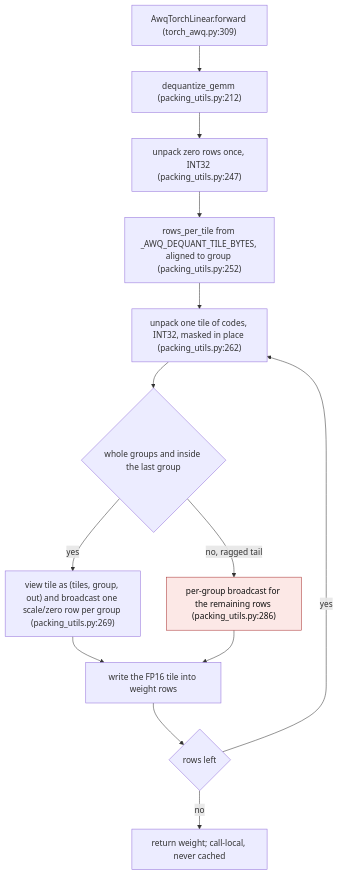
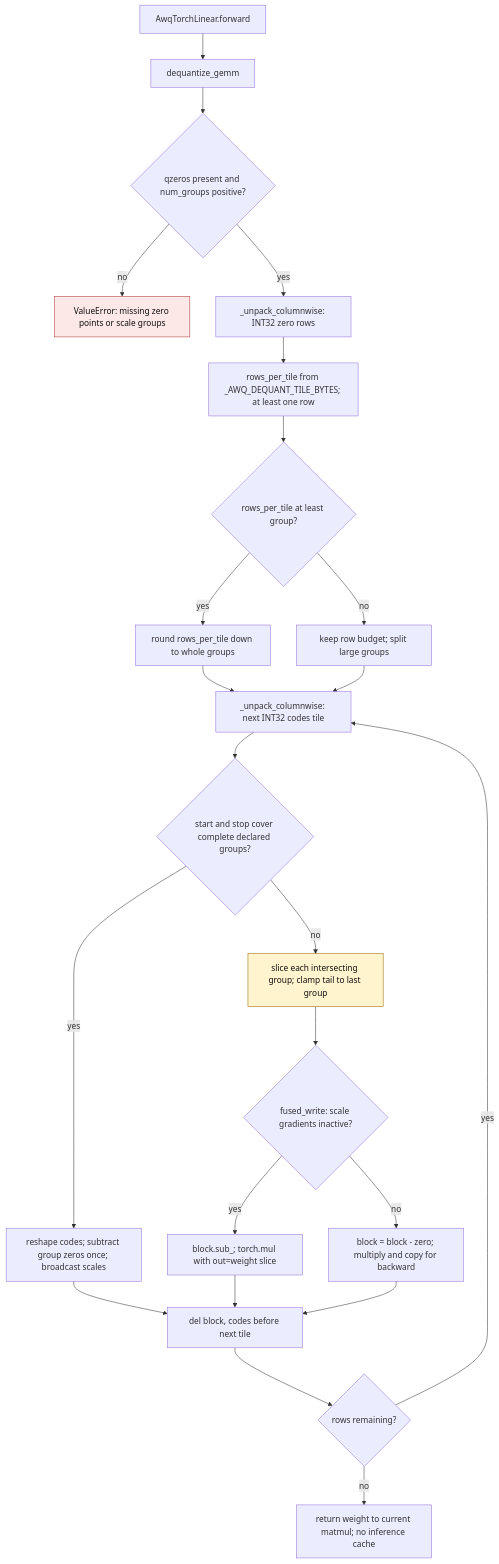
Before and after one commit to ModelCloud/GPTQModel: the diagram in docs/awq-dequantize-tiling.md, drawn with Mermaid. The commit also changed other lines of this file and 4 other files, not shown here.

First line of the commit message:
fix(awq): bound group tiles and preserve scale gradients

````diff
--- a/docs/awq-dequantize-tiling.md
+++ b/docs/awq-dequantize-tiling.md
@@ -22,17 +21,29 @@
 ```mermaid
 flowchart TD
-    A["AwqTorchLinear.forward (torch_awq.py:309)"] --> B["dequantize_gemm (packing_utils.py:212)"]
-    B --> C["unpack zero rows once, INT32 (packing_utils.py:247)"]
-    C --> D["rows_per_tile from _AWQ_DEQUANT_TILE_BYTES, aligned to group (packing_utils.py:252)"]
-    D --> E["unpack one tile of codes, INT32, masked in place (packing_utils.py:262)"]
-    E --> F{"whole groups and inside the last group"}
-    F -- "yes" --> G["view tile as (tiles, group, out) and broadcast one scale/zero row per group (packing_utils.py:269)"]
-    F -- "no, ragged tail" --> H["per-group broadcast for the remaining rows (packing_utils.py:286)"]
-    G --> I["write the FP16 tile into weight rows"]
+    A["AwqTorchLinear.forward"] --> B["dequantize_gemm"]
+    B --> C{"qzeros present and num_groups positive?"}
+    C -- "no" --> X["ValueError: missing zero points or scale groups"]
+    C -- "yes" --> D["_unpack_columnwise: INT32 zero rows"]
+    D --> E["rows_per_tile from _AWQ_DEQUANT_TILE_BYTES; at least one row"]
+    E --> F{"rows_per_tile at least group?"}
+    F -- "yes" --> G["round rows_per_tile down to whole groups"]
+    F -- "no" --> H["keep row budget; split large groups"]
+    G --> I["_unpack_columnwise: next INT32 codes tile"]
     H --> I
-    I --> J{"rows left"}
-    J -- "yes" --> E
-    J -- "no" --> K["return weight; call-local, never cached"]
+    I --> J{"start and stop cover complete declared groups?"}
+    J -- "yes" --> K["reshape codes; subtract group zeros once; broadcast scales"]
+    J -- "no" --> L["slice each intersecting group; clamp tail to last group"]
+    L --> M{"fused_write: scale gradients inactive?"}
+    M -- "yes" --> N["block.sub_; torch.mul with out=weight slice"]
+    M -- "no" --> O["block = block - zero; multiply and copy for backward"]
+    K --> P["del block, codes before next tile"]
+    N --> P
+    O --> P
+    P --> Q{"rows remaining?"}
+    Q -- "yes" --> I
+    Q -- "no" --> R["return weight to current matmul; no inference cache"]
     classDef failure fill:#fce8e6,stroke:#a33,color:#111
-    class H failure
+    classDef ambiguity fill:#fff4ce,stroke:#986800,color:#111
+    class X failure
+    class L ambiguity
 ```
````
